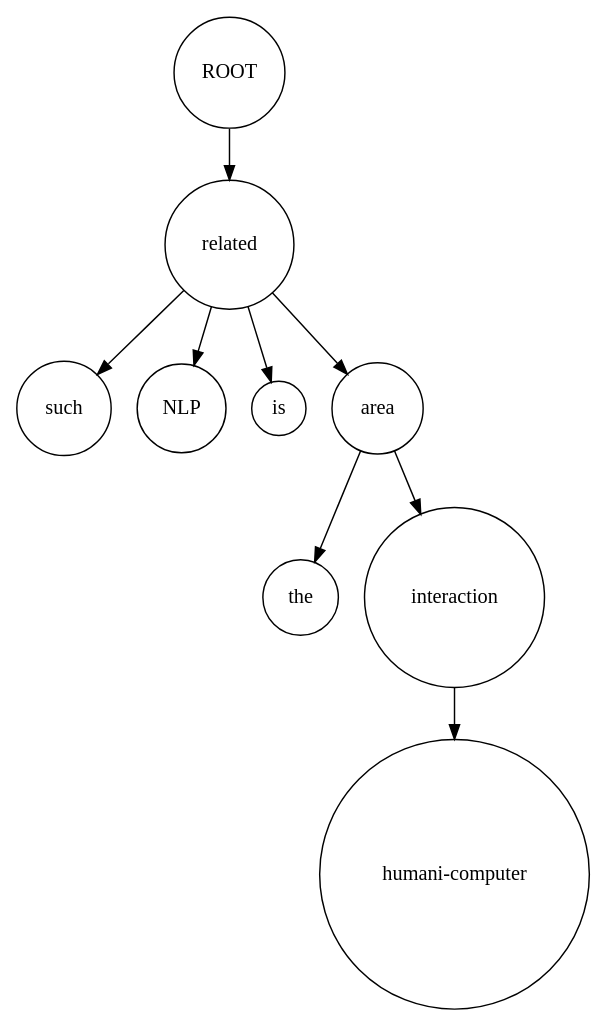
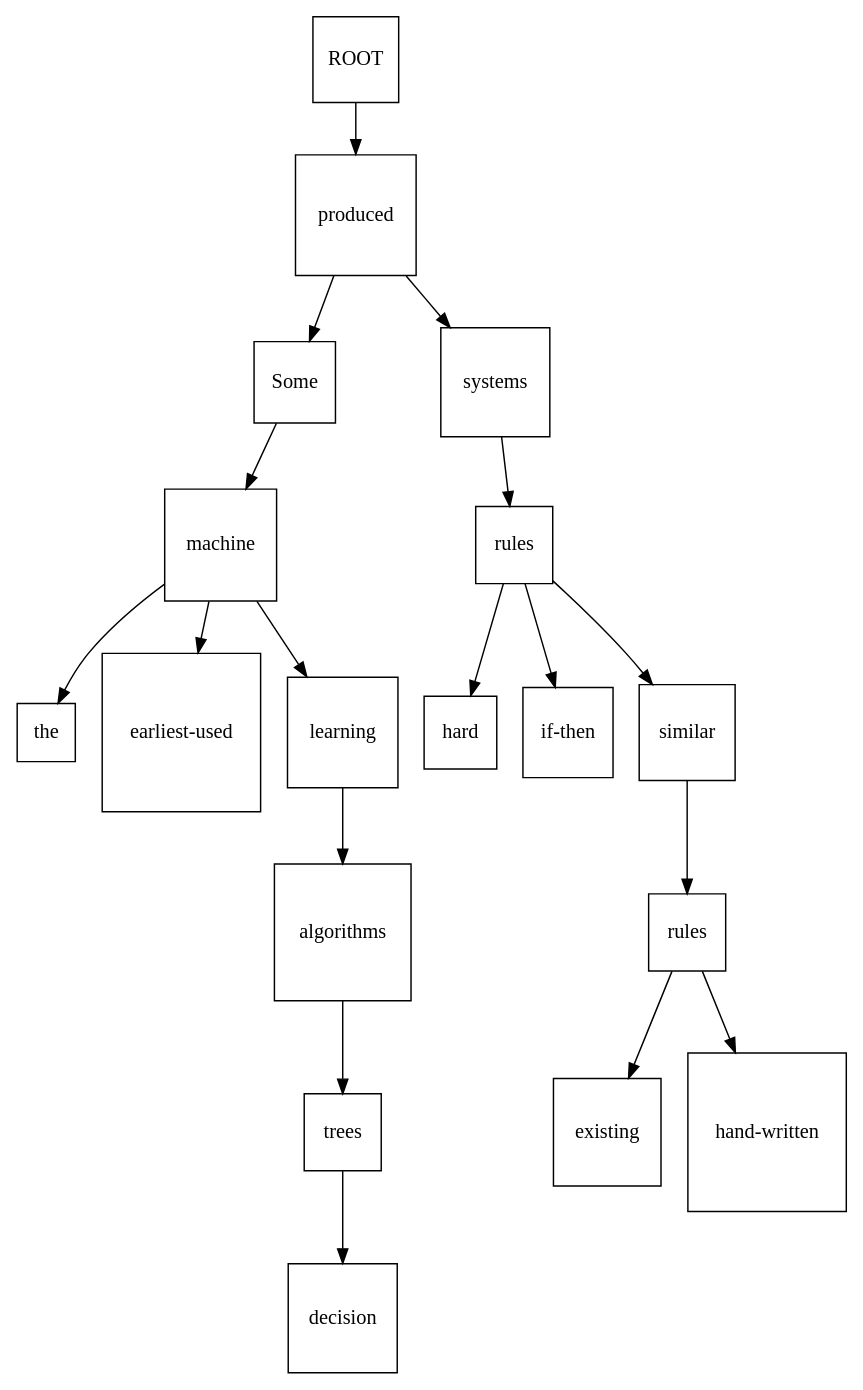
One commit to ahsihara/nlp100knock changed the diagram in 6/Digraph.gv. Above: the diagram before and after it, drawn with Graphviz. The commit also changed 13 other files, not shown here.

```diff
--- a/6/Digraph.gv
+++ b/6/Digraph.gv
@@ -1,27 +1,54 @@
 digraph {
-	node [shape=circle]
+	node [shape=square]
 	0 [label=ROOT]
-	6 [label=related]
-		0 -> 6
-	6 [label=related]
-	2 [label=such]
-		6 -> 2
-	6 [label=related]
-	4 [label=NLP]
-		6 -> 4
-	6 [label=related]
-	5 [label=is]
-		6 -> 5
-	9 [label=area]
-	8 [label=the]
-		9 -> 8
-	6 [label=related]
-	9 [label=area]
-		6 -> 9
-	12 [label=interaction]
-	11 [label="humani-computer"]
+	14 [label=produced]
+		0 -> 14
+	14 [label=produced]
+	1 [label=Some]
+		14 -> 1
+	5 [label=machine]
+	3 [label=the]
+		5 -> 3
+	5 [label=machine]
+	4 [label="earliest-used"]
+		5 -> 4
+	1 [label=Some]
+	5 [label=machine]
+		1 -> 5
+	5 [label=machine]
+	6 [label=learning]
+		5 -> 6
+	6 [label=learning]
+	7 [label=algorithms]
+		6 -> 7
+	12 [label=trees]
+	11 [label=decision]
 		12 -> 11
-	9 [label=area]
-	12 [label=interaction]
-		9 -> 12
+	7 [label=algorithms]
+	12 [label=trees]
+		7 -> 12
+	14 [label=produced]
+	15 [label=systems]
+		14 -> 15
+	19 [label=rules]
+	17 [label=hard]
+		19 -> 17
+	19 [label=rules]
+	18 [label="if-then"]
+		19 -> 18
+	15 [label=systems]
+	19 [label=rules]
+		15 -> 19
+	19 [label=rules]
+	20 [label=similar]
+		19 -> 20
+	24 [label=rules]
+	22 [label=existing]
+		24 -> 22
+	24 [label=rules]
+	23 [label="hand-written"]
+		24 -> 23
+	20 [label=similar]
+	24 [label=rules]
+		20 -> 24
 }
```
